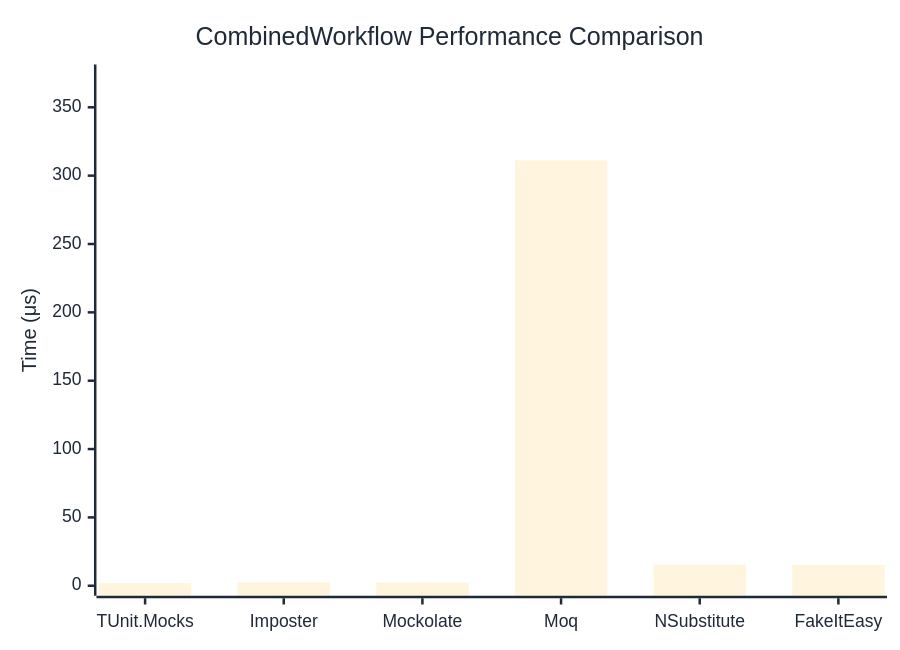
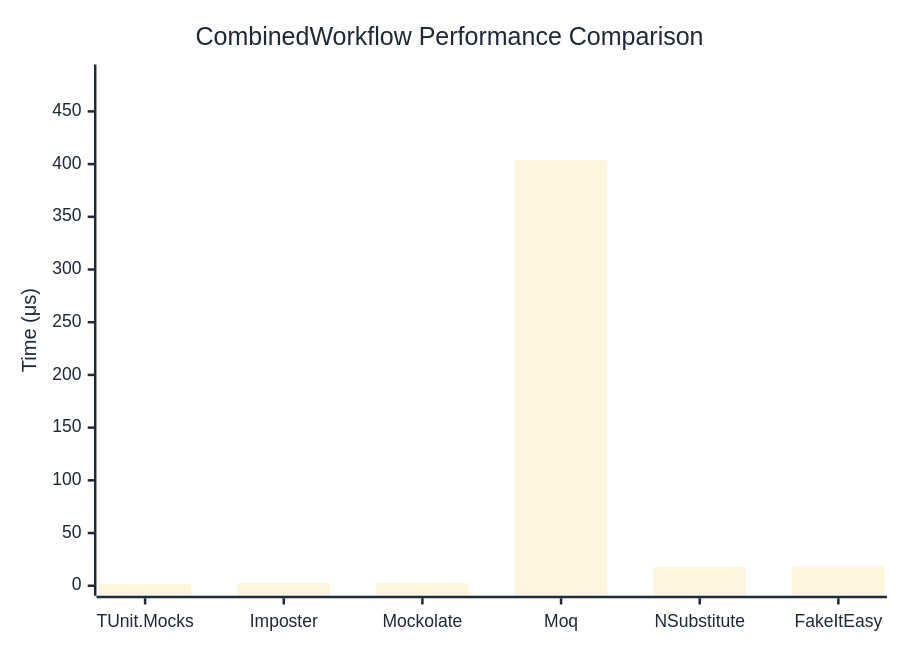
The diagram in docs/docs/benchmarks/mocks/CombinedWorkflow.md (thomhurst/TUnit), drawn with Mermaid before and after one commit. The commit also changed other lines of this file and 14 other files, not shown here.

````diff
--- a/docs/docs/benchmarks/mocks/CombinedWorkflow.md
+++ b/docs/docs/benchmarks/mocks/CombinedWorkflow.md
@@ -28,27 +28,27 @@
 ```mermaid
 %%{init: {
   'theme':'base',
   'themeVariables': {
     'primaryColor': '#2563eb',
     'primaryTextColor': '#1f2937',
     'primaryBorderColor': '#1e40af',
     'lineColor': '#6b7280',
     'secondaryColor': '#7c3aed',
     'tertiaryColor': '#dc2626',
     'background': '#ffffff',
     'pie1': '#2563eb',
     'pie2': '#7c3aed',
     'pie3': '#dc2626',
     'pie4': '#f59e0b',
     'pie5': '#10b981',
     'pie6': '#06b6d4',
     'pie7': '#ec4899',
     'pie8': '#6366f1'
   }
 }}%%
 xychart-beta
   title "CombinedWorkflow Performance Comparison"
   x-axis ["TUnit.Mocks", "Imposter", "Mockolate", "Moq", "NSubstitute", "FakeItEasy"]
-  y-axis "Time (μs)" 0 --> 374
-  bar [1.884, 2.472, 2.316, 311.17, 15.487, 15.285]
+  y-axis "Time (μs)" 0 --> 485
+  bar [1.949, 2.697, 2.436, 403.629, 17.563, 18.167]
 ```
````
